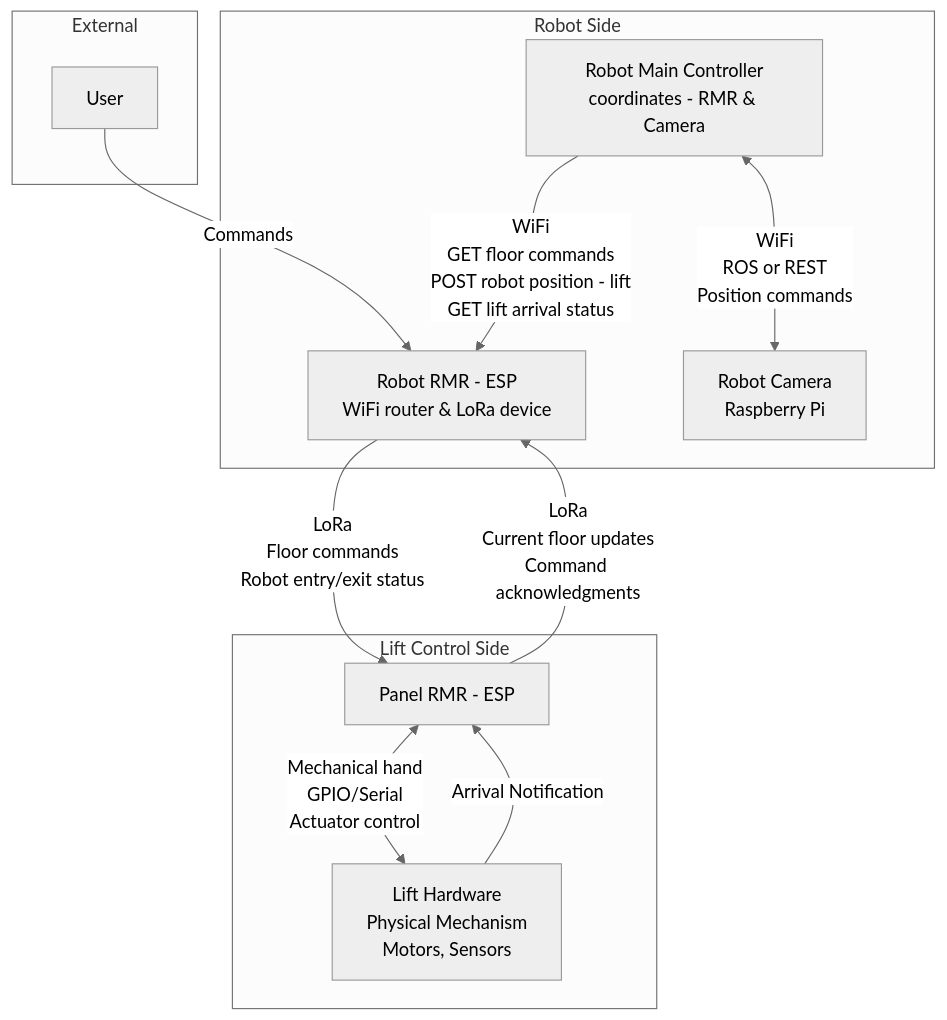
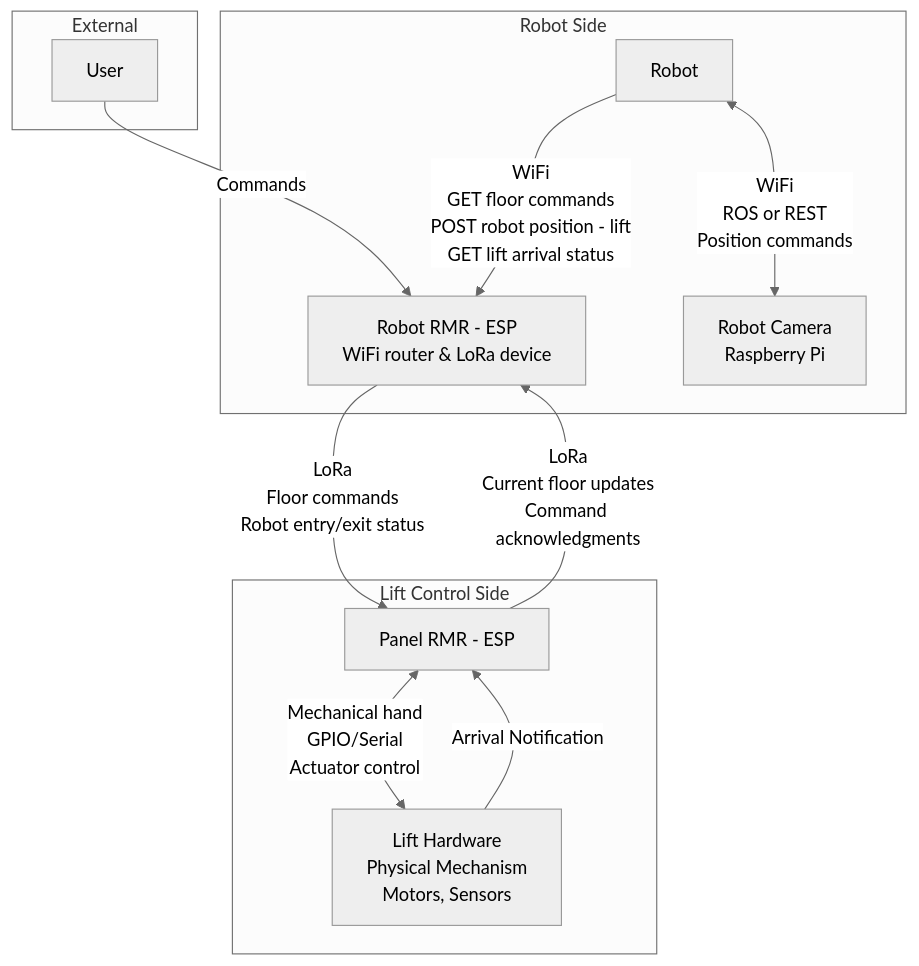
Before and after one commit to in-is-ah/rmr: the first of 2 diagrams in sequence_diagram.md, drawn with Mermaid (neutral theme).

````diff
--- a/sequence_diagram.md
+++ b/sequence_diagram.md
@@ -5,25 +5,25 @@
 ```mermaid
 graph TB
     subgraph "External"
         User[User]
     end
     
     subgraph "Robot Side"
         RobotRMR[Robot RMR - ESP<br/>WiFi router & LoRa device]
-        RobotMainController[Robot Main Controller<br/>coordinates - RMR & Camera]
+        RobotMainController[Robot]
         RobotCamera[Robot Camera<br/>Raspberry Pi]
     end
     
     subgraph "Lift Control Side"
         PanelRMR[Panel RMR - ESP]
         LiftHardware[Lift Hardware<br/>Physical Mechanism<br/>Motors, Sensors]
     end
     
     User -->|Commands| RobotRMR
     RobotMainController -->|WiFi<br/>GET floor commands<br/>POST robot position - lift<br/>GET lift arrival status| RobotRMR
     RobotMainController <-->|WiFi<br/>ROS or REST<br/>Position commands| RobotCamera
     RobotRMR -->|LoRa<br/>Floor commands<br/>Robot entry/exit status| PanelRMR
     PanelRMR -->|LoRa<br/>Current floor updates<br/>Command acknowledgments| RobotRMR
     PanelRMR <-->|Mechanical hand<br/>GPIO/Serial<br/>Actuator control| LiftHardware
     LiftHardware -->|Arrival Notification| PanelRMR
 ```
````
